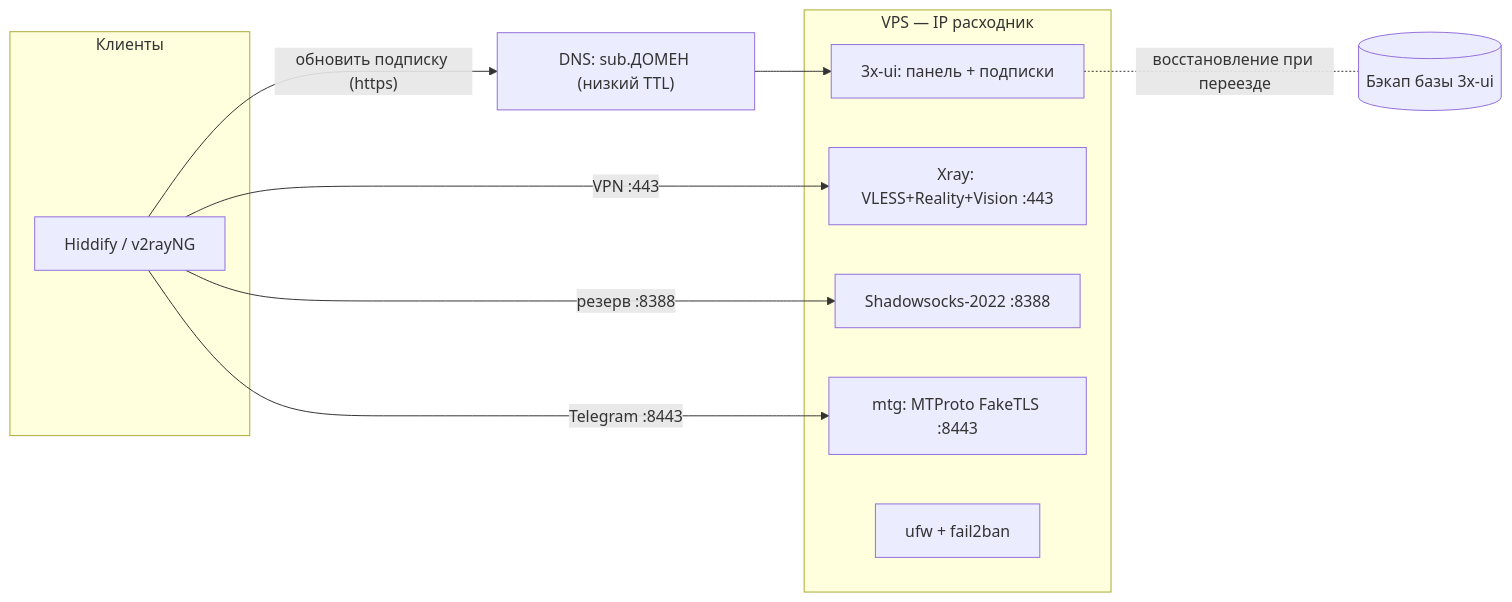
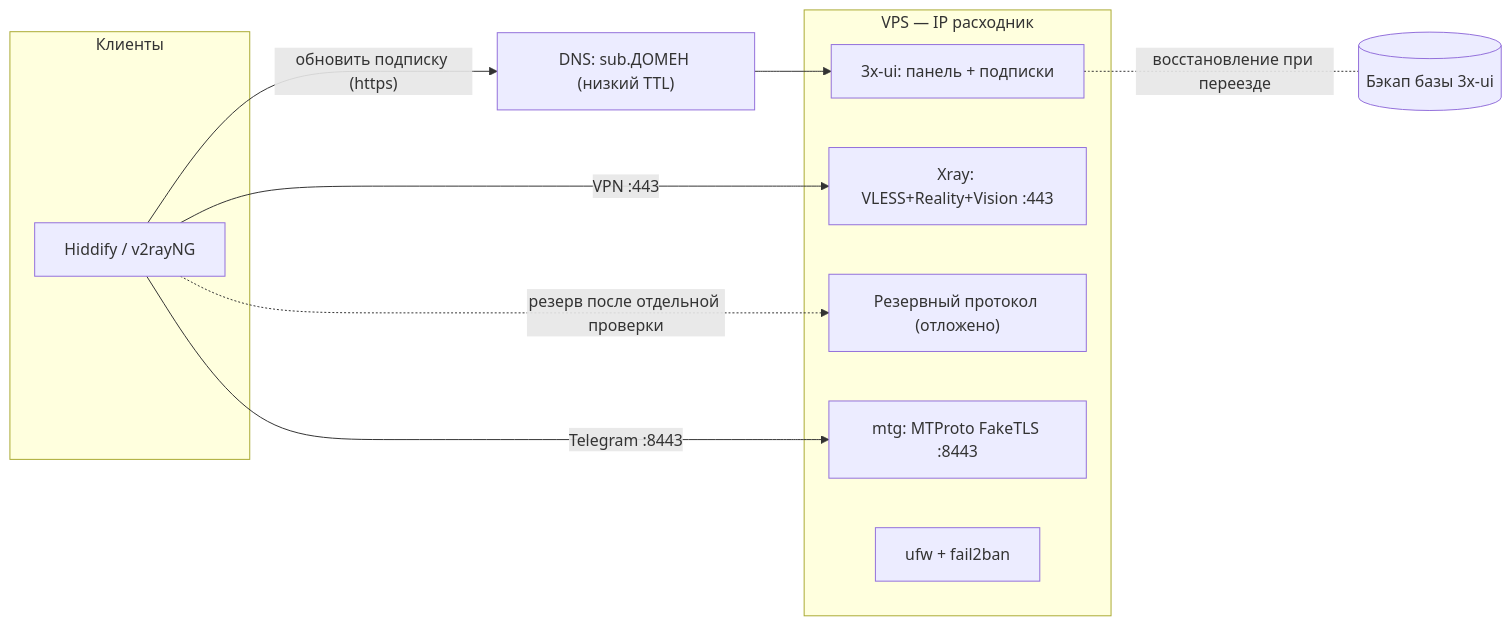
One commit to duckduckduck1/Mirage changed the diagram in docs/architecture.md. Above: the diagram before and after it, drawn with Mermaid. The commit also changed other lines of this file and 15 other files, not shown here.

Commit message:
infra(security): закрепить рабочую VLESS-схему (#8)

````diff
--- a/docs/architecture.md
+++ b/docs/architecture.md
@@ -145,24 +145,24 @@
 ```mermaid
 flowchart LR
     subgraph C["Клиенты"]
         app["Hiddify / v2rayNG"]
     end
 
     dns["DNS: sub.ДОМЕН (низкий TTL)"]
 
     subgraph V["VPS — IP расходник"]
         panel["3x-ui: панель + подписки"]
         xray["Xray: VLESS+Reality+Vision :443"]
-        ss["Shadowsocks-2022 :8388"]
+        ss["Резервный протокол (отложено)"]
         mtg["mtg: MTProto FakeTLS :8443"]
         fw["ufw + fail2ban"]
     end
 
     backup[("Бэкап базы 3x-ui")]
 
     app -- "обновить подписку (https)" --> dns --> panel
     app -- "VPN :443" --> xray
-    app -- "резерв :8388" --> ss
+    app -. "резерв после отдельной проверки" .-> ss
     app -- "Telegram :8443" --> mtg
     panel -. "восстановление при переезде" .- backup
 ```
````
